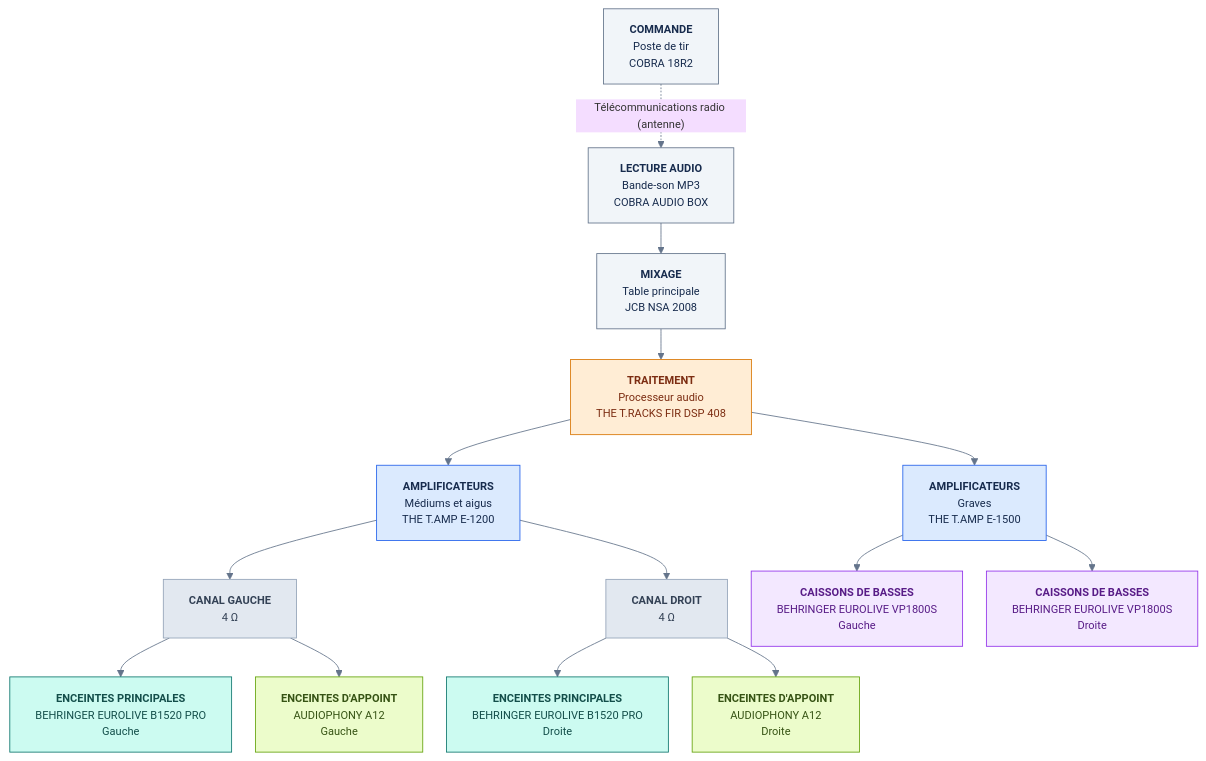
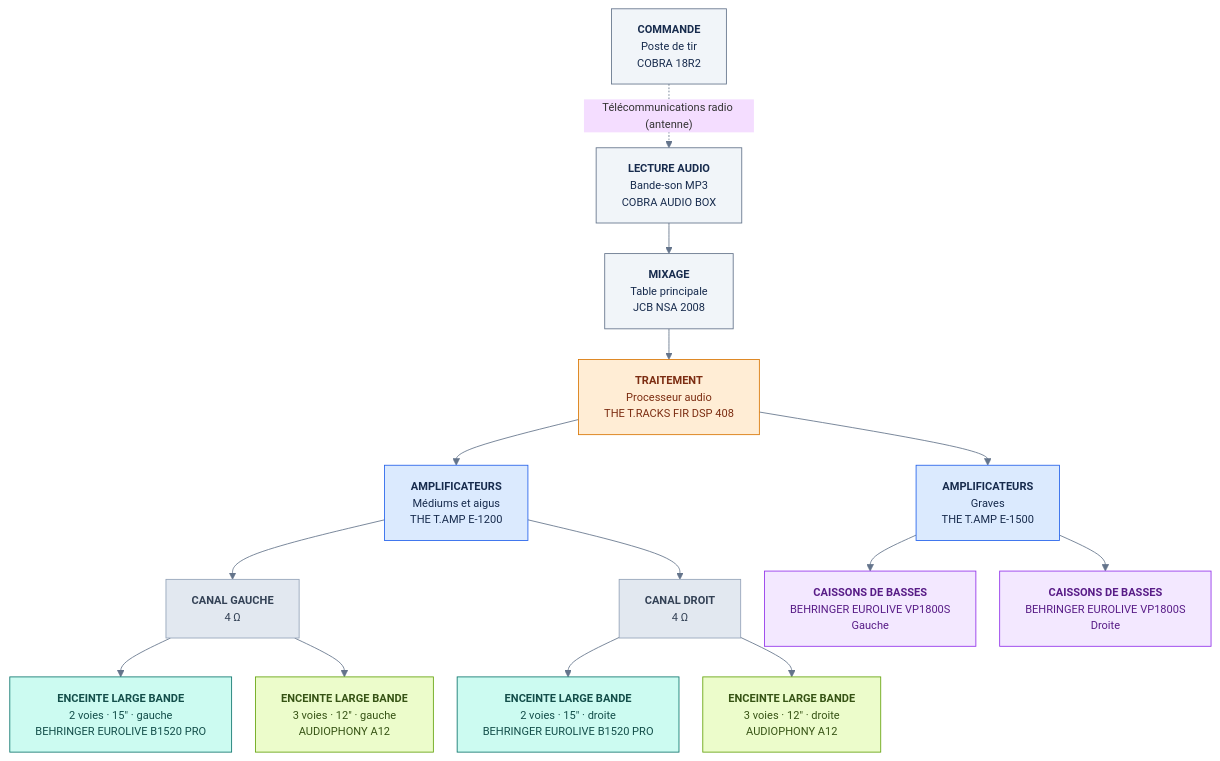
Before and after one commit to HAZIT-FR/PGE-SONO: the first of 3 diagrams in README.md, drawn with Mermaid. The commit also changed other lines of this file, not shown here.

Commit message:
docs: qualifier les B1520 PRO et A12 comme enceintes large bande

```diff
--- a/README.md
+++ b/README.md
@@ -34,46 +34,46 @@
 ~~~mermaid
 %%{init: {"flowchart": {"nodeSpacing": 28, "rankSpacing": 36, "htmlLabels": true, "wrappingWidth": 320}, "theme": "base", "themeVariables": {"fontSize": "13px", "lineColor": "#64748b"}}}%%
 flowchart TB
   A["<b>COMMANDE</b><br/>Poste de tir<br/>COBRA 18R2"]
   B["<b>LECTURE AUDIO</b><br/>Bande-son MP3<br/>COBRA AUDIO BOX"]
   C["<b>MIXAGE</b><br/>Table principale<br/>JCB NSA 2008"]
   D["<b>TRAITEMENT</b><br/>Processeur audio<br/>THE T.RACKS FIR DSP 408"]
   E["<b>AMPLIFICATEURS</b><br/>Médiums et aigus<br/>THE T.AMP E-1200"]
   F["<b>AMPLIFICATEURS</b><br/>Graves<br/>THE T.AMP E-1500"]
   LG["<b>CANAL GAUCHE</b><br/>4 Ω"]
   LD["<b>CANAL DROIT</b><br/>4 Ω"]
-  BG["<b>ENCEINTES PRINCIPALES</b><br/>BEHRINGER EUROLIVE B1520 PRO<br/>Gauche"]
-  BD["<b>ENCEINTES PRINCIPALES</b><br/>BEHRINGER EUROLIVE B1520 PRO<br/>Droite"]
-  AG["<b>ENCEINTES D'APPOINT</b><br/>AUDIOPHONY A12<br/>Gauche"]
-  AD["<b>ENCEINTES D'APPOINT</b><br/>AUDIOPHONY A12<br/>Droite"]
+  BG["<b>ENCEINTE LARGE BANDE</b><br/>2 voies · 15″ · gauche<br/>BEHRINGER EUROLIVE B1520 PRO"]
+  BD["<b>ENCEINTE LARGE BANDE</b><br/>2 voies · 15″ · droite<br/>BEHRINGER EUROLIVE B1520 PRO"]
+  AG["<b>ENCEINTE LARGE BANDE</b><br/>3 voies · 12″ · gauche<br/>AUDIOPHONY A12"]
+  AD["<b>ENCEINTE LARGE BANDE</b><br/>3 voies · 12″ · droite<br/>AUDIOPHONY A12"]
   SG["<b>CAISSONS DE BASSES</b><br/>BEHRINGER EUROLIVE VP1800S<br/>Gauche"]
   SD["<b>CAISSONS DE BASSES</b><br/>BEHRINGER EUROLIVE VP1800S<br/>Droite"]
 
   A -. "Télécommunications radio (antenne)" .-> B
   B --> C --> D
   D --> E
   D --> F
   E --> LG
   E --> LD
   LG --> BG
   LG --> AG
   LD --> BD
   LD --> AD
   F --> SG
   F --> SD
 
   classDef commande fill:#f1f5f9,stroke:#64748b,color:#172b4d;
   classDef processeur fill:#ffedd5,stroke:#d97706,color:#7c2d12;
   classDef amplis fill:#dbeafe,stroke:#2563eb,color:#172b4d;
   classDef canaux fill:#e2e8f0,stroke:#94a3b8,color:#334155;
   classDef principales fill:#ccfbf1,stroke:#0f766e,color:#134e4a;
   classDef appoint fill:#ecfccb,stroke:#65a30d,color:#365314;
   classDef basses fill:#f3e8ff,stroke:#9333ea,color:#581c87;
   class A,B,C commande;
   class D processeur;
   class E,F amplis;
   class LG,LD canaux;
   class BG,BD principales;
   class AG,AD appoint;
   class SG,SD basses;
 ~~~
```
